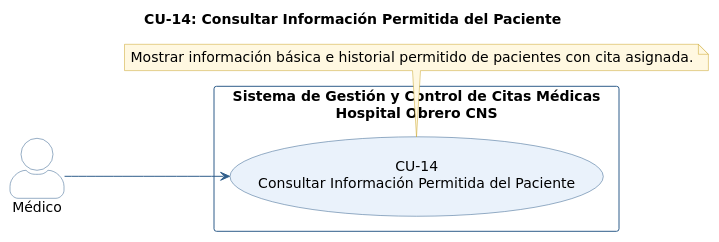
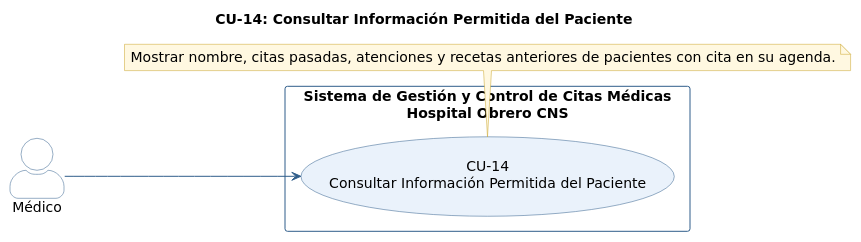
One commit to INTERNO-TRABAJO-CNS/Hospital-Obrero-Interno changed the diagram in 03_des/diagramaCU/CU-14_ConsultarInformacionPermitidadelPaciente.puml. Above: the diagram before and after it, drawn with PlantUML. The commit also changed 204 other files, not shown here.

Commit message:
actualización de cada CU, RF, RNF, diagramas de comportamieno, de estado, reasignación de tareas en general

```diff
--- a/03_des/diagramaCU/CU-14_ConsultarInformacionPermitidadelPaciente.puml
+++ b/03_des/diagramaCU/CU-14_ConsultarInformacionPermitidadelPaciente.puml
@@ -1,41 +1,42 @@
 @startuml CU-14_ConsultarInformacionPermitidadelPaciente
 ' Diagrama individual de caso de uso CU-14 — Hospital Obrero CNS
 ' Fuente: CNS_ CASOS DE USO(1).docx — matriz y especificación de CU
 ' Issue: T07 - Diagramas de casos de uso
 left to right direction
 skinparam shadowing false
 skinparam defaultFontName "DejaVu Sans"
 skinparam defaultFontSize 14
 skinparam actorStyle awesome
 skinparam packageStyle rectangle
 skinparam ArrowColor #2F5D8A
 skinparam actor {
   BorderColor #2F5D8A
   BackgroundColor #FFFFFF
 }
 skinparam usecase {
   BackgroundColor #EAF2FB
   BorderColor #2F5D8A
   ArrowColor #2F5D8A
 }
 skinparam rectangle {
   BorderColor #2F5D8A
   FontStyle bold
 }
 skinparam note {
   BackgroundColor #FFF8E1
   BorderColor #C9A227
 }
 title CU-14: Consultar Información Permitida del Paciente
 
 rectangle "Sistema de Gestión y Control de Citas Médicas\nHospital Obrero CNS" as CNS {
   usecase "CU-14\nConsultar Información Permitida del Paciente" as CU14
 }
 
 actor "Médico" as ACTOR1
 ACTOR1 --> CU14
 note bottom of CU14
-  Mostrar información básica e historial permitido de pacientes con cita asignada.
+  Mostrar nombre, citas pasadas, atenciones y recetas anteriores de pacientes con cita en su agenda.
 end note
 
+' Modificado 04/11/2026: ver 06_proyect/CAMBIOS_04-11-2026.md
 @enduml
```
